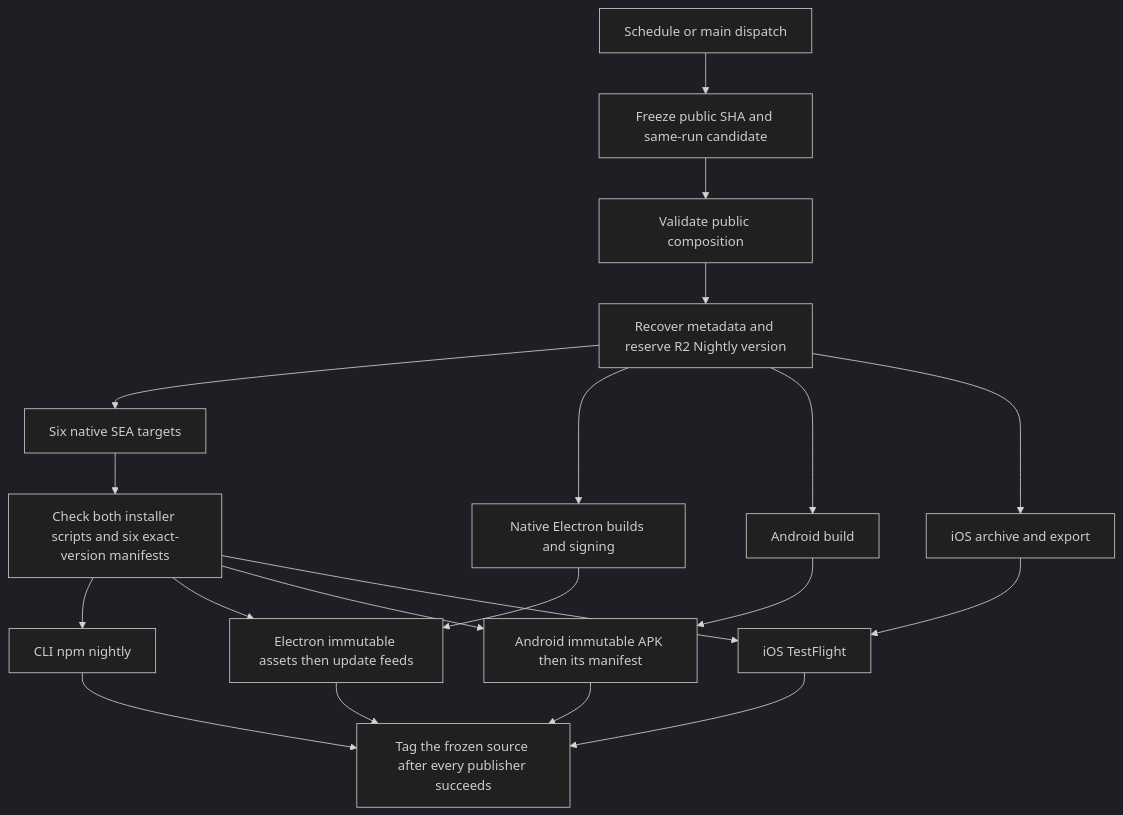
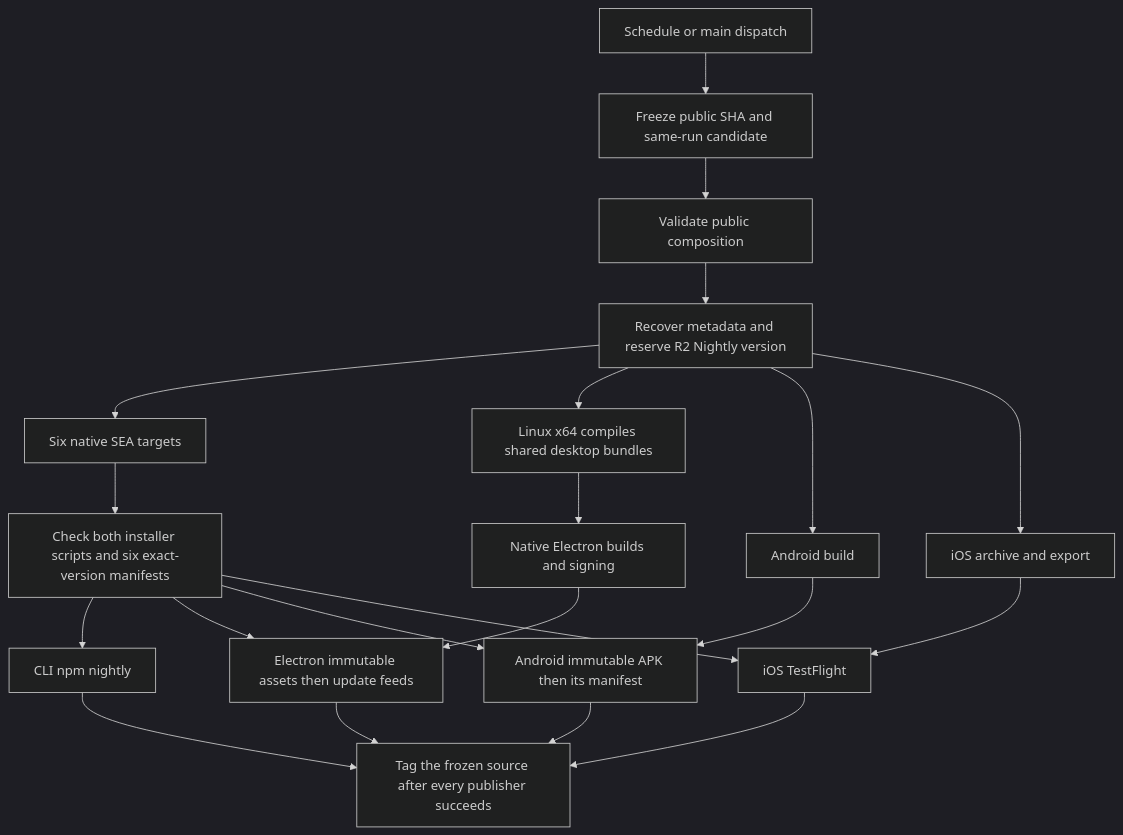
The diagram in .github/client-releases.md (LodyAI/Lody), drawn with Mermaid (dark theme) before and after one commit. The commit also changed other lines of this file and 1 other file, not shown here.

First line of the commit message:
chore: reuse Linux Electron bundles in nightly packaging

````diff
--- a/.github/client-releases.md
+++ b/.github/client-releases.md
@@ -15,22 +15,23 @@
 ```mermaid
 flowchart TD
   N[Schedule or main dispatch] --> C[Freeze public SHA and same-run candidate]
   C --> V[Validate public composition]
   V --> P[Recover metadata and reserve R2 Nightly version]
   P --> D[Six native SEA targets]
-  P --> E[Native Electron builds and signing]
+  P --> CDesktop[Linux x64 compiles shared desktop bundles]
+  CDesktop --> E[Native Electron builds and signing]
   P --> A[Android build]
   D --> G[Check both installer scripts and six exact-version manifests]
   G --> NP[CLI npm nightly]
   G --> EP[Electron immutable assets then update feeds]
   E --> EP
   G --> AP[Android immutable APK then its manifest]
   A --> AP
   P --> IB[iOS archive and export]
   IB --> I[iOS TestFlight]
   G --> I
   NP --> T[Tag the frozen source after every publisher succeeds]
   EP --> T
   AP --> T
   I --> T
 ```
````
